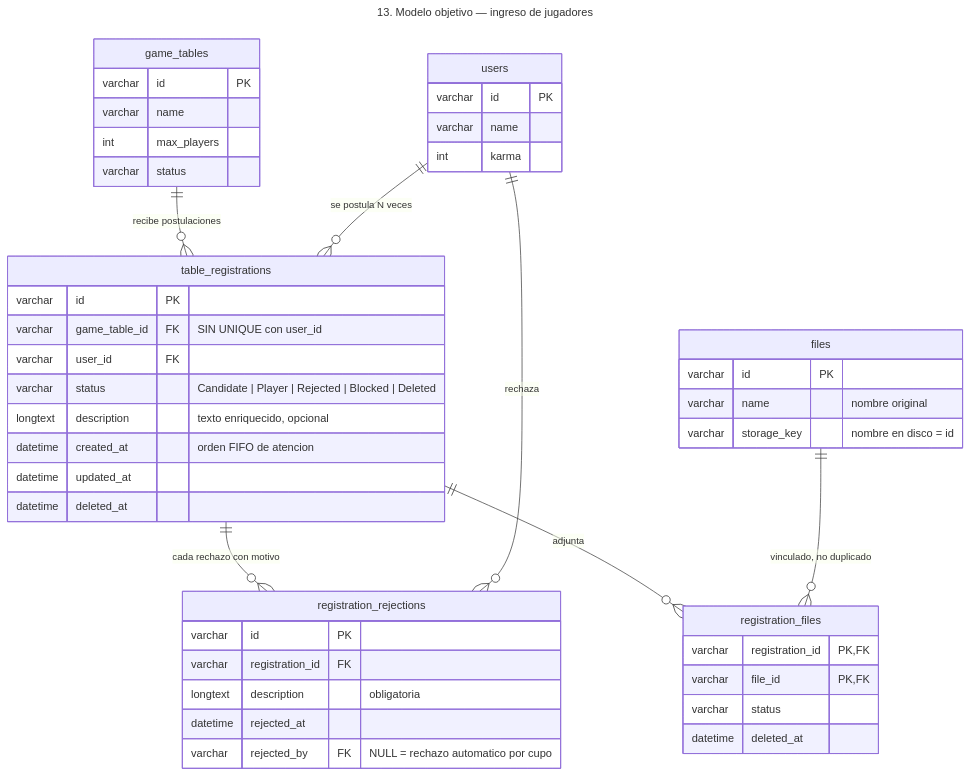
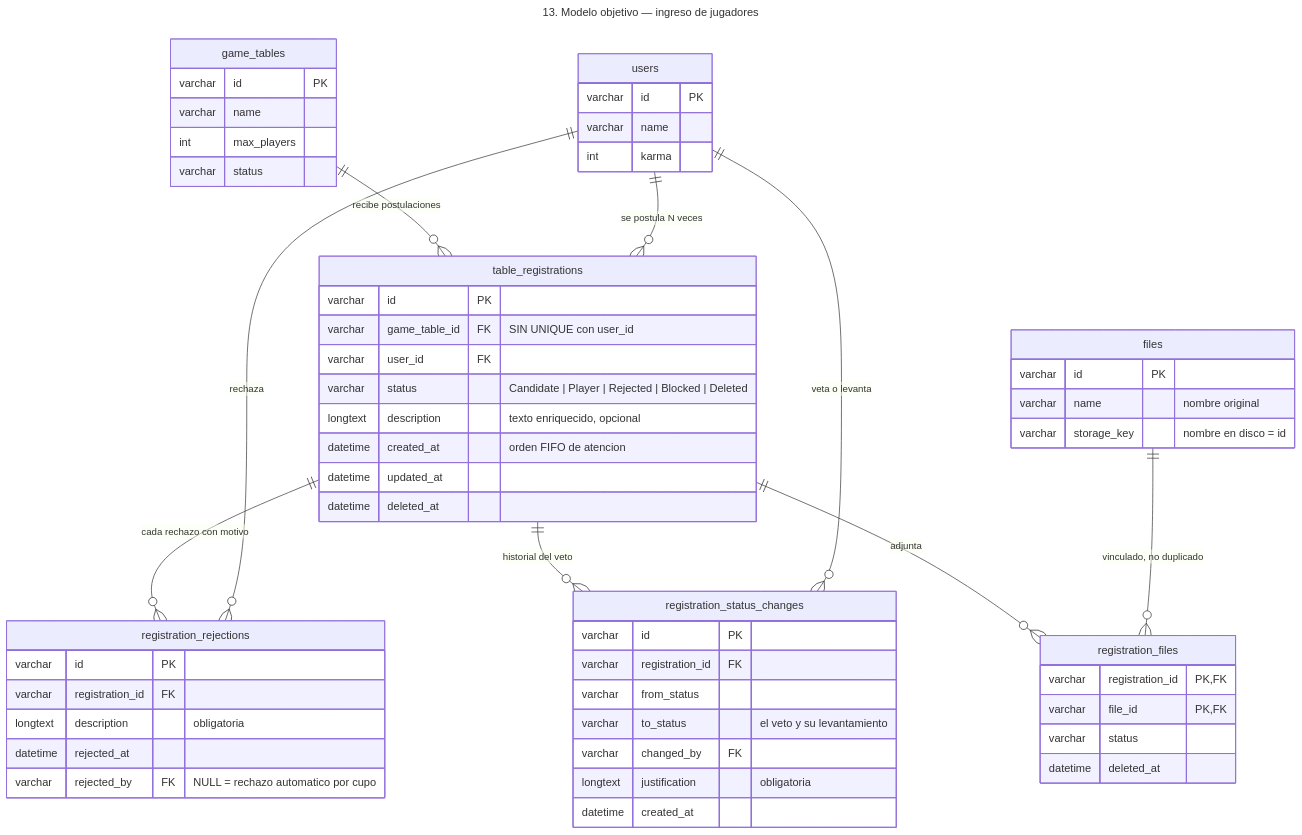
The diagram in docs/diagramas/13-objetivo-ingreso.mmd (d4m14n257/CentralDungeon), drawn with Mermaid before and after one commit. The commit also changed 11 other files, not shown here.

```diff
--- a/docs/diagramas/13-objetivo-ingreso.mmd
+++ b/docs/diagramas/13-objetivo-ingreso.mmd
@@ -1,56 +1,68 @@
 ---
 title: "13. Modelo objetivo — ingreso de jugadores"
 ---
 erDiagram
 
     game_tables {
         varchar id PK
         varchar name
         int max_players
         varchar status
     }
 
     users {
         varchar id PK
         varchar name
         int karma
     }
 
     table_registrations {
         varchar id PK
         varchar game_table_id FK "SIN UNIQUE con user_id"
         varchar user_id FK
         varchar status "Candidate | Player | Rejected | Blocked | Deleted"
         longtext description "texto enriquecido, opcional"
         datetime created_at "orden FIFO de atencion"
         datetime updated_at
         datetime deleted_at
     }
 
     registration_rejections {
         varchar id PK
         varchar registration_id FK
         longtext description "obligatoria"
         datetime rejected_at
         varchar rejected_by FK "NULL = rechazo automatico por cupo"
     }
 
+    registration_status_changes {
+        varchar id PK
+        varchar registration_id FK
+        varchar from_status
+        varchar to_status "el veto y su levantamiento"
+        varchar changed_by FK
+        longtext justification "obligatoria"
+        datetime created_at
+    }
+
     registration_files {
         varchar registration_id PK,FK
         varchar file_id PK,FK
         varchar status
         datetime deleted_at
     }
 
     files {
         varchar id PK
         varchar name "nombre original"
         varchar storage_key "nombre en disco = id"
     }
 
     game_tables         ||--o{ table_registrations     : "recibe postulaciones"
     users               ||--o{ table_registrations     : "se postula N veces"
     table_registrations ||--o{ registration_rejections : "cada rechazo con motivo"
     users               ||--o{ registration_rejections : "rechaza"
+    table_registrations ||--o{ registration_status_changes : "historial del veto"
+    users               ||--o{ registration_status_changes : "veta o levanta"
     table_registrations ||--o{ registration_files      : "adjunta"
     files               ||--o{ registration_files      : "vinculado, no duplicado"
```
